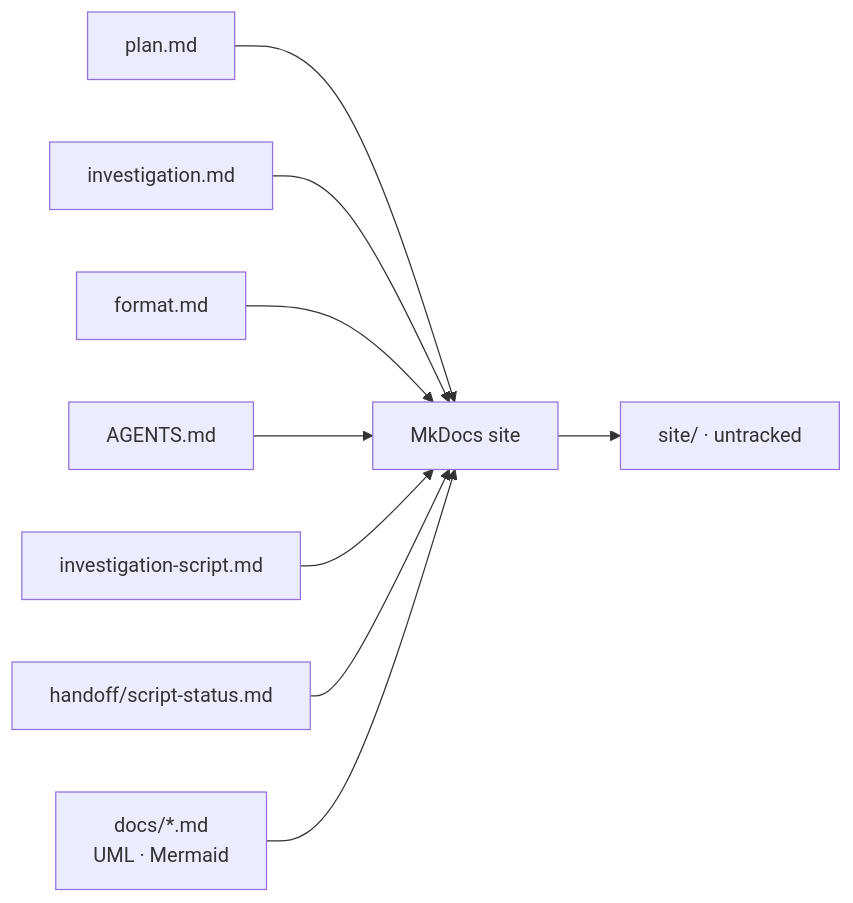
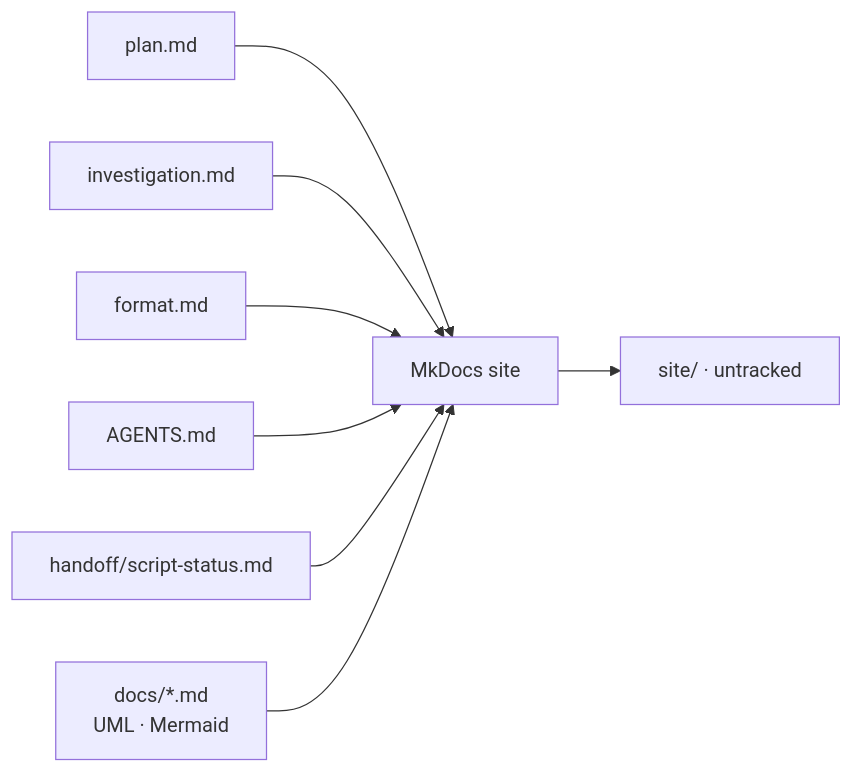
Before and after one commit to lynxnathan/rage-tools-vi: the first of 2 diagrams in docs/living.md, drawn with Mermaid. The commit also changed 5 other files, not shown here.

Commit message:
docs: fold investigation-script.md into investigation.md; one journal only

````diff
--- a/docs/living.md
+++ b/docs/living.md
@@ -8,11 +8,10 @@
 ```mermaid
 flowchart LR
     PLAN[plan.md] --> SITE[MkDocs site]
     INV[investigation.md] --> SITE
     FMT[format.md] --> SITE
     AG[AGENTS.md] --> SITE
-    SJ[investigation-script.md] --> SITE
     ST[handoff/script-status.md] --> SITE
     DIAG[docs/*.md<br/>UML · Mermaid] --> SITE
     SITE --> HTML[site/ · untracked]
 ```
````
